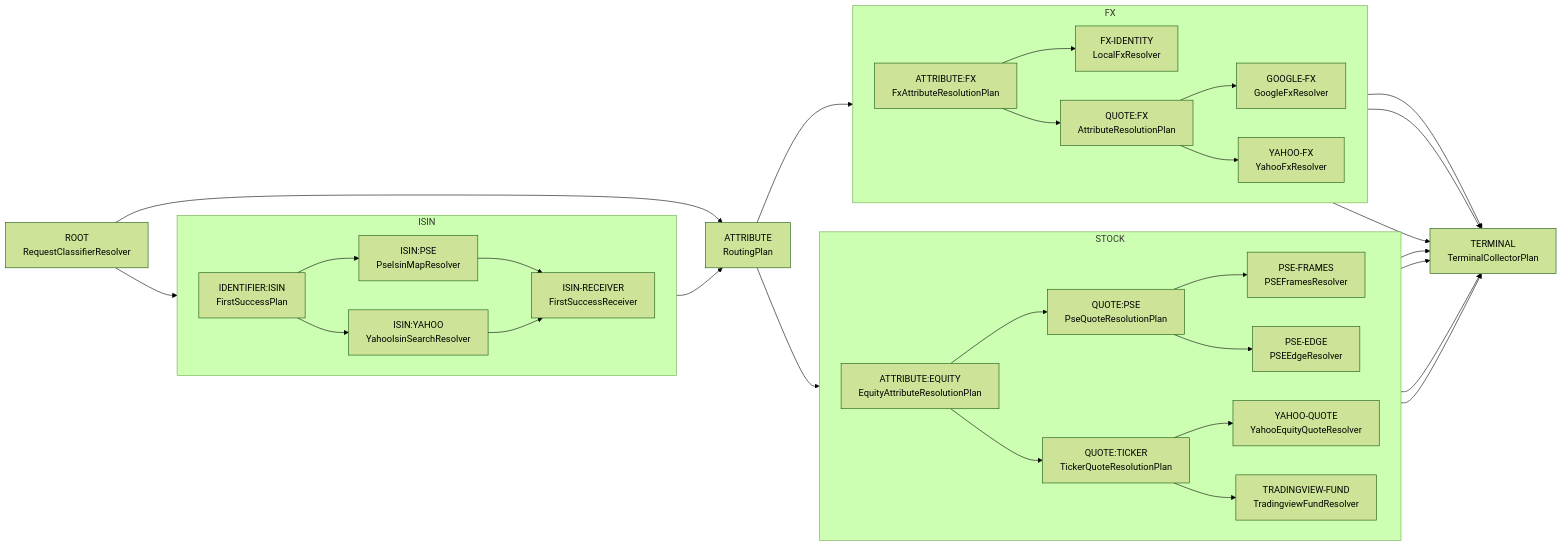
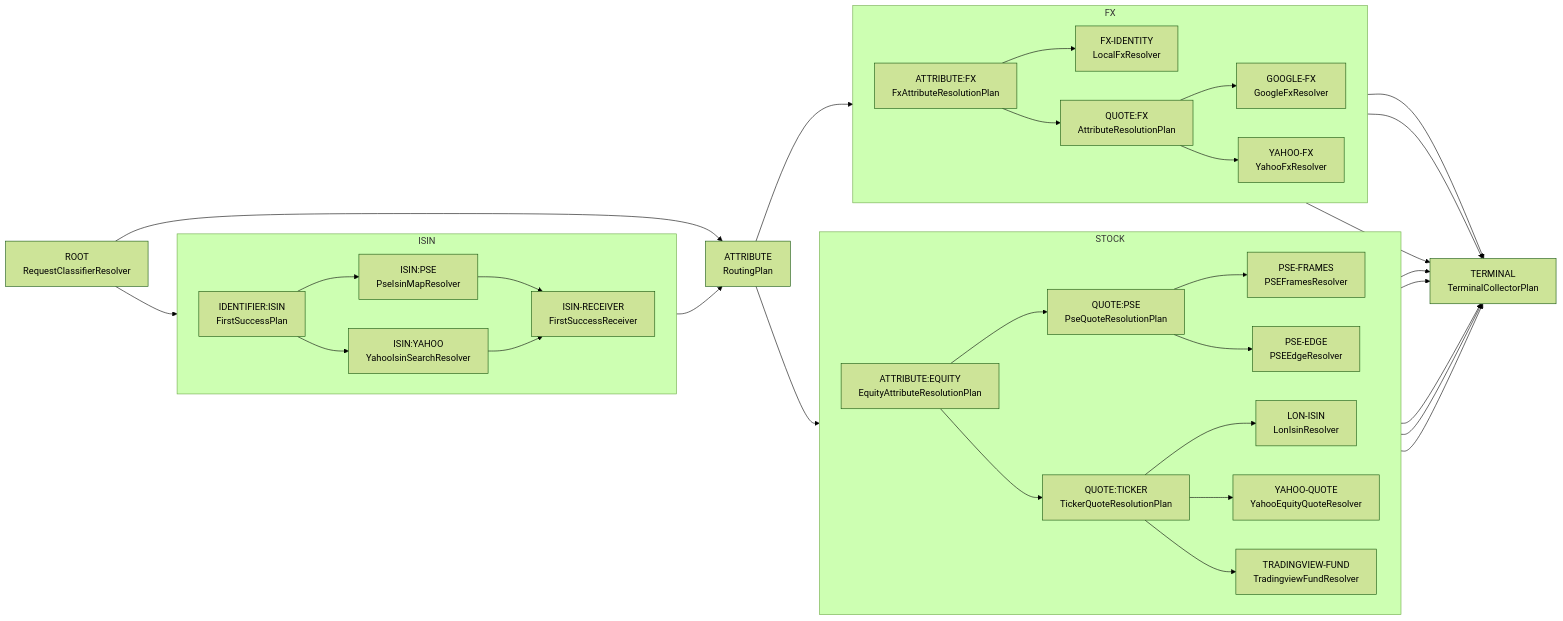
Before and after one commit to omry/hoodlefinance: the diagram in docs/design/routing/graph-driven-execution.md, drawn with Mermaid (forest theme). The commit also changed other lines of this file and 15 other files, not shown here.

Commit message:
Add direct LON ISIN routing to FlowEngine

````diff
--- a/docs/design/routing/graph-driven-execution.md
+++ b/docs/design/routing/graph-driven-execution.md
@@ -116,57 +117,60 @@
 ```mermaid
 flowchart LR
   N0["ROOT<br/>RequestClassifierResolver"]
   N5["ATTRIBUTE<br/>RoutingPlan"]
   N18["TERMINAL<br/>TerminalCollectorPlan"]
   subgraph N1SG["ISIN"]
     direction LR
     N1["IDENTIFIER:ISIN<br/>FirstSuccessPlan"]
     N2["ISIN:PSE<br/>PseIsinMapResolver"]
     N3["ISIN:YAHOO<br/>YahooIsinSearchResolver"]
     N4["ISIN-RECEIVER<br/>FirstSuccessReceiver"]
   end
   subgraph N6SG["STOCK"]
     direction LR
     N6["ATTRIBUTE:EQUITY<br/>EquityAttributeResolutionPlan"]
     N8["QUOTE:PSE<br/>PseQuoteResolutionPlan"]
     N9["QUOTE:TICKER<br/>TickerQuoteResolutionPlan"]
     N12["PSE-FRAMES<br/>PSEFramesResolver"]
     N13["PSE-EDGE<br/>PSEEdgeResolver"]
     N14["YAHOO-QUOTE<br/>YahooEquityQuoteResolver"]
     N15["TRADINGVIEW-FUND<br/>TradingviewFundResolver"]
+    N19["LON-ISIN<br/>LonIsinResolver"]
   end
   subgraph N7SG["FX"]
     direction LR
     N7["ATTRIBUTE:FX<br/>FxAttributeResolutionPlan"]
     N10["FX-IDENTITY<br/>LocalFxResolver"]
     N11["QUOTE:FX<br/>AttributeResolutionPlan"]
     N16["GOOGLE-FX<br/>GoogleFxResolver"]
     N17["YAHOO-FX<br/>YahooFxResolver"]
   end
   N0 --> N5
   N0 --> N1
   N1 --> N2
   N1 --> N3
   N2 --> N4
   N3 --> N4
   N4 --> N5
   N5 --> N6
   N5 --> N7
   N6 --> N8
   N6 --> N9
   N7 --> N10
   N7 --> N11
   N8 --> N12
   N8 --> N13
+  N9 --> N19
   N9 --> N14
   N9 --> N15
   N10 --> N18
   N11 --> N16
   N11 --> N17
   N12 --> N18
   N13 --> N18
   N14 --> N18
   N15 --> N18
+  N19 --> N18
   N16 --> N18
   N17 --> N18
 ```
````
